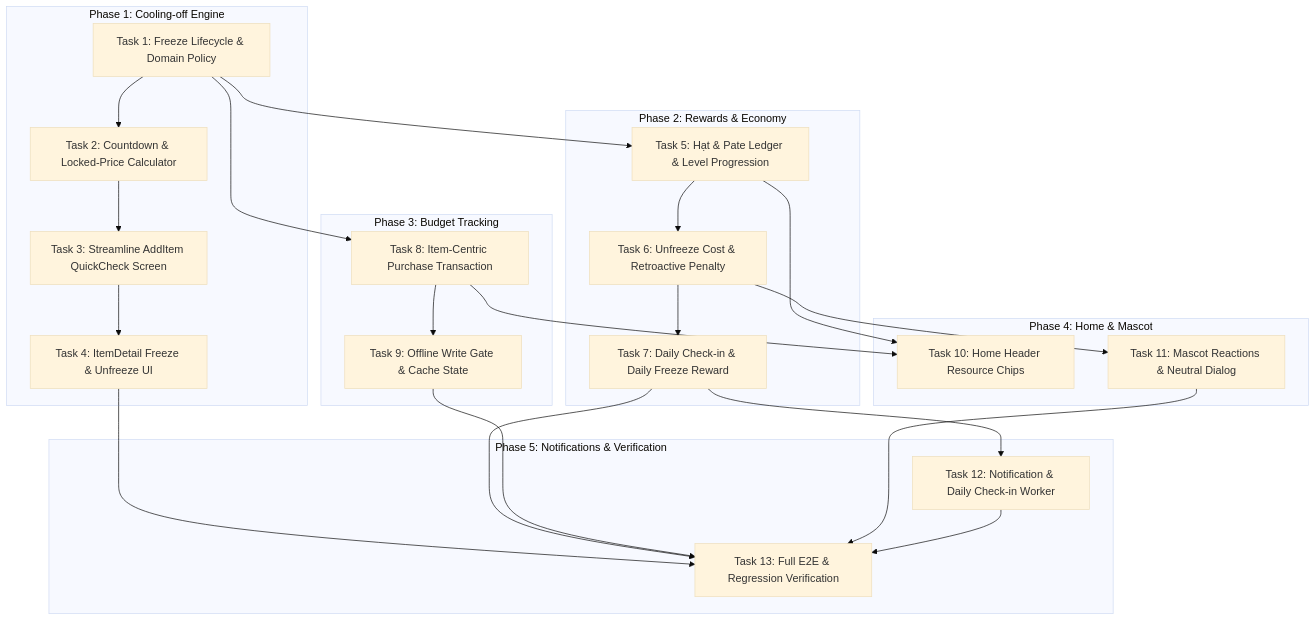
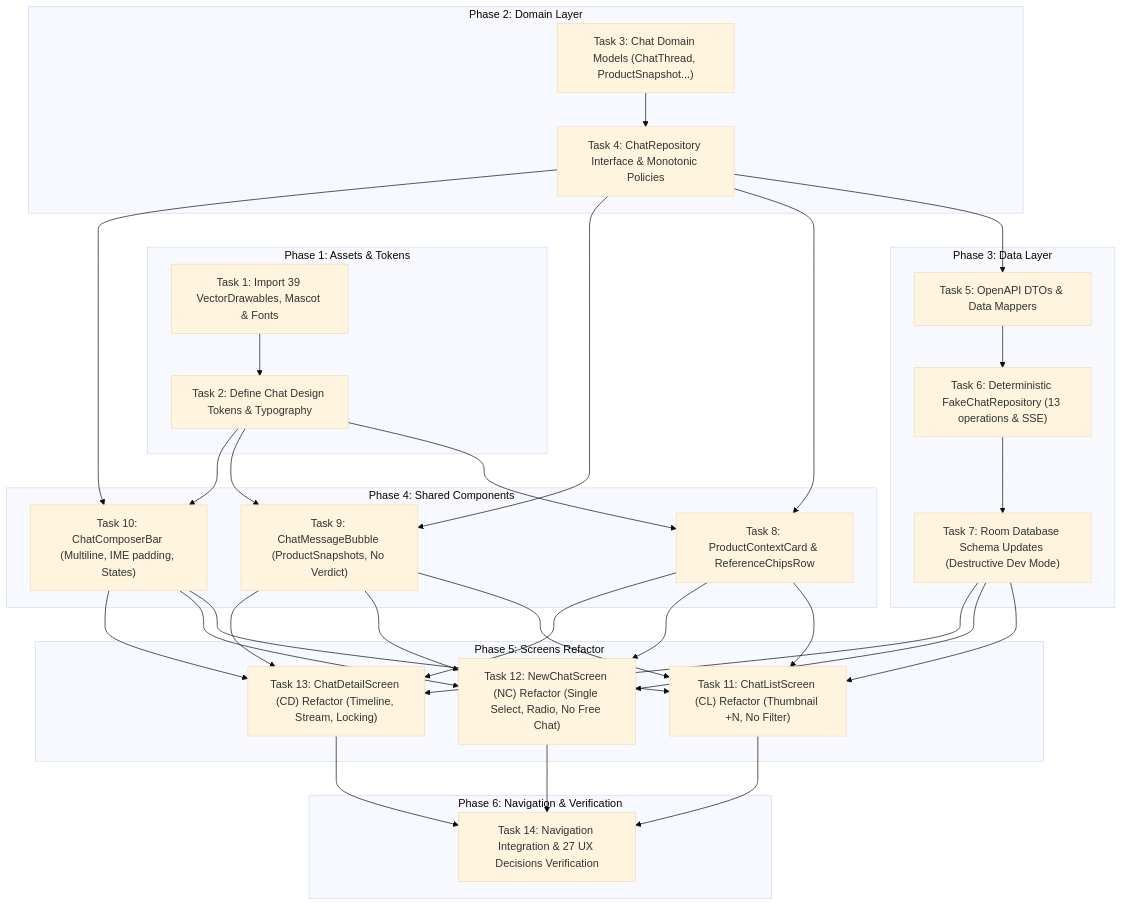
One commit to buihuyhoaf/chanko changed the diagram in tasks/plan.md. Above: the diagram before and after it, drawn with Mermaid (base theme). The commit also changed other lines of this file and 94 other files, not shown here.

First line of the commit message:
feat(chat): implement product-centric chat v2.2 with cooling-off and reference items

````diff
--- a/tasks/plan.md
+++ b/tasks/plan.md
@@ -43,39 +43,43 @@
 ```mermaid
 flowchart TD
-    subgraph Phase 1: Cooling-off Engine
-        T1["Task 1: Freeze Lifecycle & Domain Policy"]
-        T2["Task 2: Countdown & Locked-Price Calculator"]
-        T3["Task 3: Streamline AddItem QuickCheck Screen"]
-        T4["Task 4: ItemDetail Freeze & Unfreeze UI"]
+    subgraph Phase 1: Assets & Tokens
+        T1["Task 1: Import 39 VectorDrawables, Mascot & Fonts"]
+        T2["Task 2: Define Chat Design Tokens & Typography"]
     end
 
-    subgraph Phase 2: Rewards & Economy
-        T5["Task 5: Hạt & Pate Ledger & Level Progression"]
-        T6["Task 6: Unfreeze Cost & Retroactive Penalty"]
-        T7["Task 7: Daily Check-in & Daily Freeze Reward"]
+    subgraph Phase 2: Domain Layer
+        T3["Task 3: Chat Domain Models (ChatThread, ProductSnapshot...)"]
+        T4["Task 4: ChatRepository Interface & Monotonic Policies"]
     end
 
-    subgraph Phase 3: Budget Tracking
-        T8["Task 8: Item-Centric Purchase Transaction"]
-        T9["Task 9: Offline Write Gate & Cache State"]
+    subgraph Phase 3: Data Layer
+        T5["Task 5: OpenAPI DTOs & Data Mappers"]
+        T6["Task 6: Deterministic FakeChatRepository (13 operations & SSE)"]
+        T7["Task 7: Room Database Schema Updates (Destructive Dev Mode)"]
     end
 
-    subgraph Phase 4: Home & Mascot
-        T10["Task 10: Home Header Resource Chips"]
-        T11["Task 11: Mascot Reactions & Neutral Dialog"]
+    subgraph Phase 4: Shared Components
+        T8["Task 8: ProductContextCard & ReferenceChipsRow"]
+        T9["Task 9: ChatMessageBubble (ProductSnapshots, No Verdict)"]
+        T10["Task 10: ChatComposerBar (Multiline, IME padding, States)"]
     end
 
-    subgraph Phase 5: Notifications & Verification
-        T12["Task 12: Notification & Daily Check-in Worker"]
-        T13["Task 13: Full E2E & Regression Verification"]
+    subgraph Phase 5: Screens Refactor
+        T11["Task 11: ChatListScreen (CL) Refactor (Thumbnail +N, No Filter)"]
+        T12["Task 12: NewChatScreen (NC) Refactor (Single Select, Radio, No Free Chat)"]
+        T13["Task 13: ChatDetailScreen (CD) Refactor (Timeline, Stream, Locking)"]
     end
 
-    T1 --> T2 --> T3 --> T4
-    T1 --> T5 --> T6 --> T7
-    T1 --> T8 --> T9
-    T5 --> T10
-    T6 --> T11
-    T8 --> T10
-    T7 --> T12
-    T4 & T7 & T9 & T11 & T12 --> T13
+    subgraph Phase 6: Navigation & Verification
+        T14["Task 14: Navigation Integration & 27 UX Decisions Verification"]
+    end
+
+    T1 --> T2
+    T3 --> T4
+    T4 --> T5
+    T5 --> T6
+    T6 --> T7
+    T2 & T4 --> T8 & T9 & T10
+    T7 & T8 & T9 & T10 --> T11 & T12 & T13
+    T11 & T12 & T13 --> T14
 ```
````
